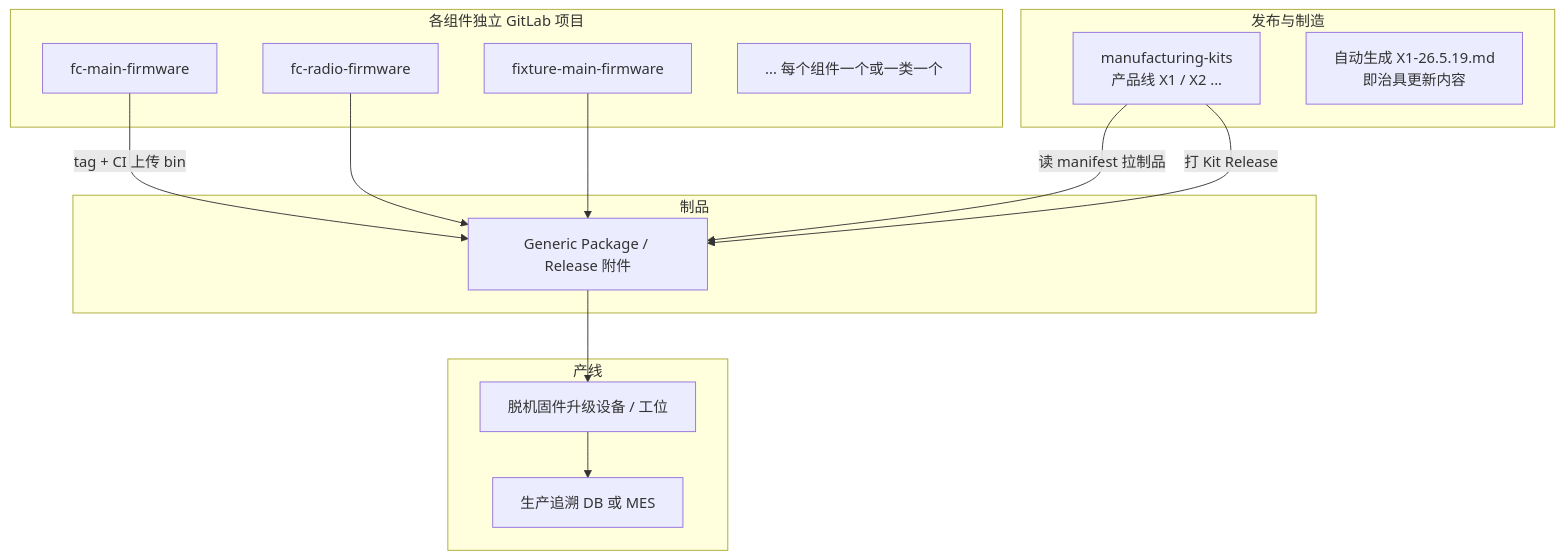
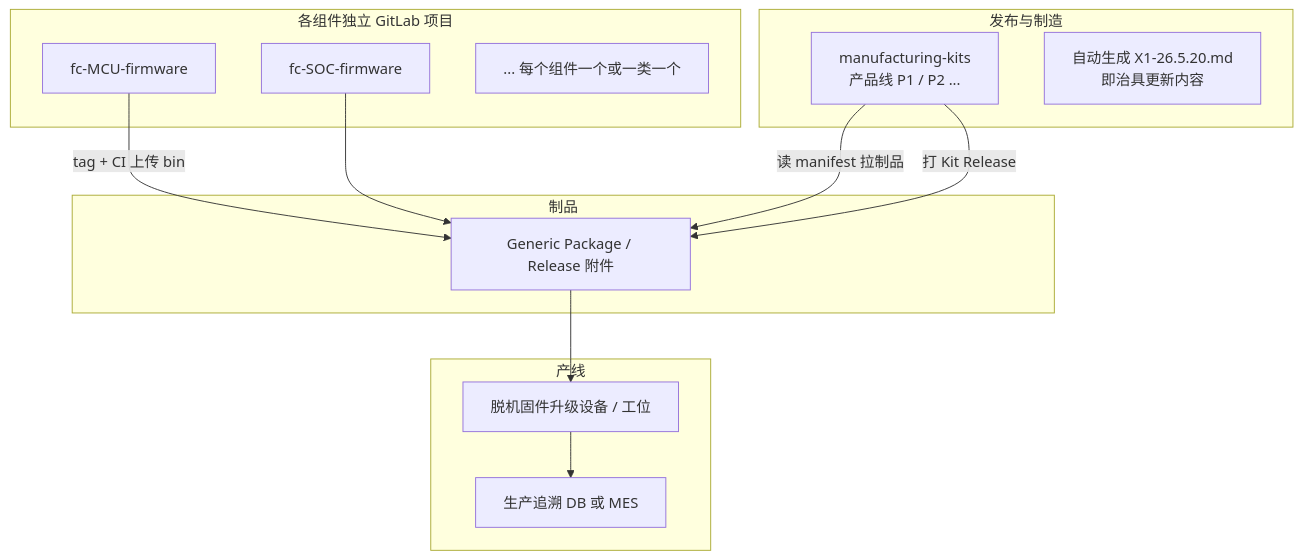
One commit to elmagnificogi/elmagnificogi.github.io changed the first of 2 diagrams in _posts/2026-05-19-Gitlab-Artifacts.md. Above: the diagram before and after it, drawn with Mermaid. The commit also changed other lines of this file, not shown here.

````diff
--- a/_posts/2026-05-19-Gitlab-Artifacts.md
+++ b/_posts/2026-05-19-Gitlab-Artifacts.md
@@ -56,31 +57,29 @@
 ```mermaid
 flowchart TB
   subgraph component_repos [各组件独立 GitLab 项目]
-    R1[fc-main-firmware]
-    R2[fc-radio-firmware]
-    R3[fixture-main-firmware]
+    R1[fc-MCU-firmware]
+    R2[fc-SOC-firmware]
     Rn[... 每个组件一个或一类一个]
   end
 
   subgraph meta [发布与制造]
-    MR[manufacturing-kits<br/>产品线 X1 / X2 ...]
-    DOC[自动生成 X1-26.5.19.md<br/>即治具更新内容]
+    MR[manufacturing-kits<br/>产品线 P1 / P2 ...]
+    DOC[自动生成 X1-26.5.20.md<br/>即治具更新内容]
   end
 
   subgraph registry [制品]
     PKG[Generic Package / Release 附件]
   end
 
   subgraph line [产线]
     OFF[脱机固件升级设备 / 工位]
     LOG[生产追溯 DB 或 MES]
   end
 
   R1 -->|tag + CI 上传 bin| PKG
   R2 --> PKG
-  R3 --> PKG
   MR -->|读 manifest 拉制品| PKG
   MR -->|打 Kit Release| PKG
   PKG --> OFF
   OFF --> LOG
 ```
````
